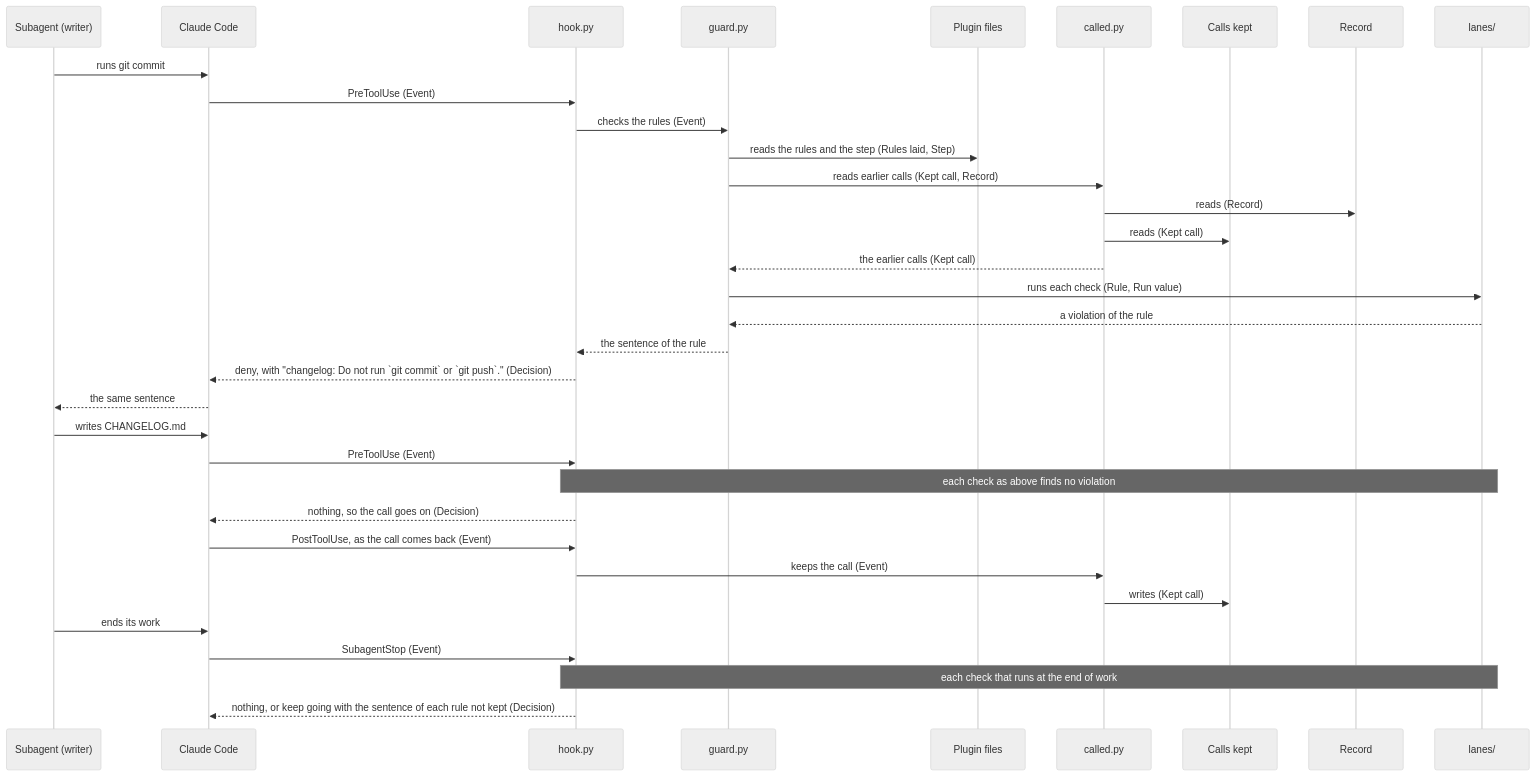
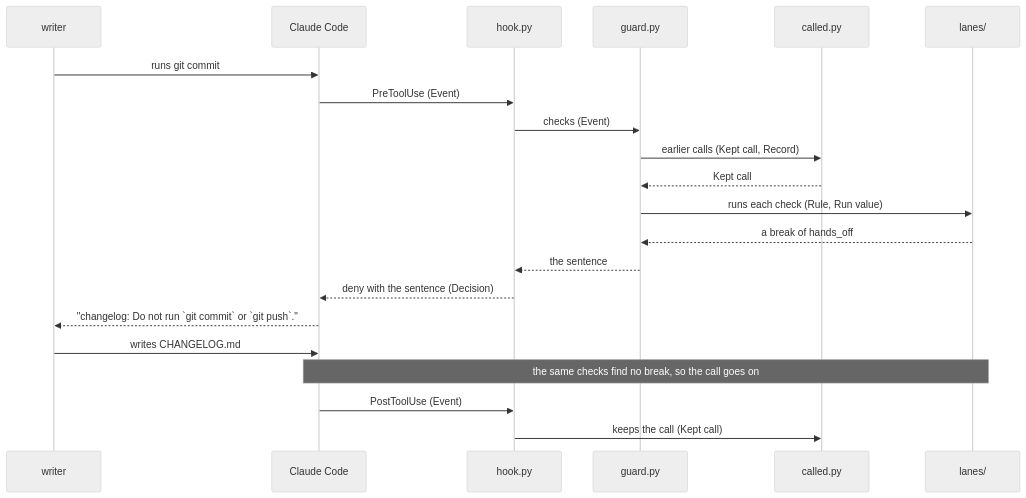
Before and after one commit to lovaizu/ccpm: the third of 4 diagrams in dev/lane/architecture.md, drawn with Mermaid (neutral theme). The commit also changed other lines of this file and 1 other file, not shown here.

First line of the commit message:
lane's architecture rewritten from its design tree on the architecture template alone

````diff
--- a/dev/lane/architecture.md
+++ b/dev/lane/architecture.md
@@ -299,36 +152,23 @@
 ```mermaid
 sequenceDiagram
-  participant SA as Subagent (writer)
+  participant SA as writer
   participant CC as Claude Code
   participant H as hook.py
   participant G as guard.py
-  participant PF as Plugin files
   participant C as called.py
-  participant K as Calls kept
-  participant RE as Record
   participant LN as lanes/
   SA->>CC: runs git commit
   CC->>H: PreToolUse (Event)
-  H->>G: checks the rules (Event)
-  G->>PF: reads the rules and the step (Rules laid, Step)
-  G->>C: reads earlier calls (Kept call, Record)
-  C->>RE: reads (Record)
-  C->>K: reads (Kept call)
-  C-->>G: the earlier calls (Kept call)
+  H->>G: checks (Event)
+  G->>C: earlier calls (Kept call, Record)
+  C-->>G: Kept call
   G->>LN: runs each check (Rule, Run value)
-  LN-->>G: a violation of the rule
-  G-->>H: the sentence of the rule
-  H-->>CC: deny, with "changelog: Do not run `git commit` or `git push`." (Decision)
-  CC-->>SA: the same sentence
+  LN-->>G: a break of hands_off
+  G-->>H: the sentence
+  H-->>CC: deny with the sentence (Decision)
+  CC-->>SA: "changelog: Do not run `git commit` or `git push`."
   SA->>CC: writes CHANGELOG.md
-  CC->>H: PreToolUse (Event)
-  Note over H,LN: each check as above finds no violation
-  H-->>CC: nothing, so the call goes on (Decision)
-  CC->>H: PostToolUse, as the call comes back (Event)
-  H->>C: keeps the call (Event)
-  C->>K: writes (Kept call)
-  SA->>CC: ends its work
-  CC->>H: SubagentStop (Event)
-  Note over H,LN: each check that runs at the end of work
-  H-->>CC: nothing, or keep going with the sentence of each rule not kept (Decision)
+  Note over CC,LN: the same checks find no break, so the call goes on
+  CC->>H: PostToolUse (Event)
+  H->>C: keeps the call (Kept call)
 ```
````
